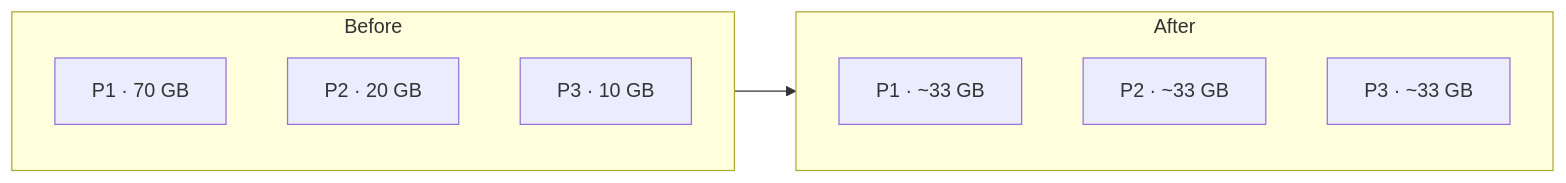
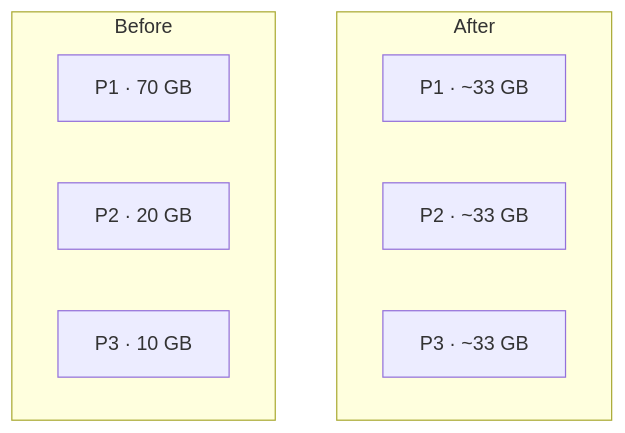
Before and after one commit to hareramcse/SystemDesign: the tenth of 43 diagrams in 05-distributed-databases/README.md, drawn with Mermaid. The commit also changed other lines of this file and 14 other files, not shown here.

````diff
--- a/05-distributed-databases/README.md
+++ b/05-distributed-databases/README.md
@@ -1237,14 +735,16 @@
 ```mermaid
 flowchart LR
     subgraph Before[Before]
+        direction LR
         B1[P1 · 70 GB]
         B2[P2 · 20 GB]
         B3[P3 · 10 GB]
     end
     subgraph After[After]
+        direction LR
         A1[P1 · ~33 GB]
         A2[P2 · ~33 GB]
         A3[P3 · ~33 GB]
     end
-    Before --> After
+    Before ~~~ After
 ```
````
